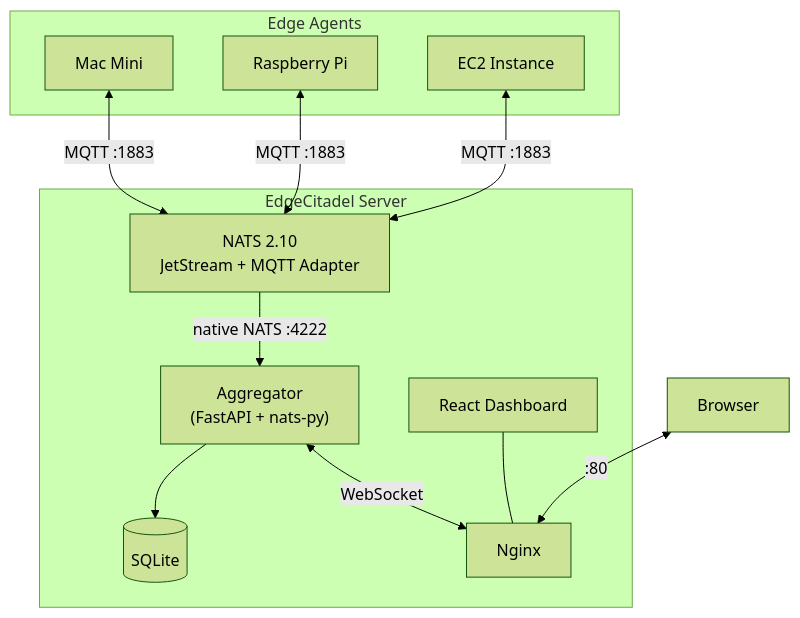
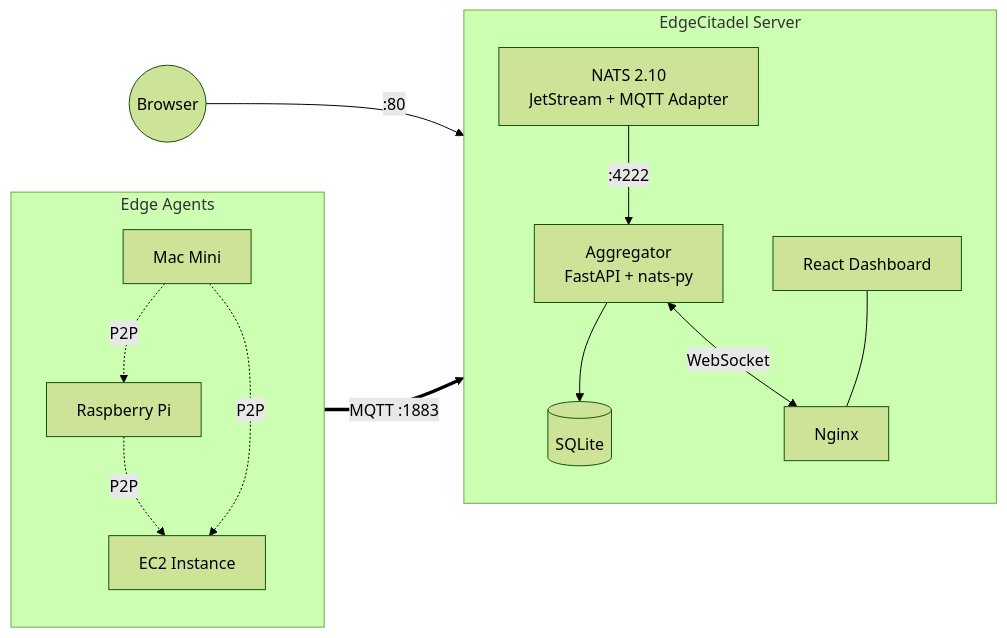
The first of 2 diagrams in README.md (EdgeCitadelTeam/EdgeCitadel), drawn with Mermaid (forest theme) before and after one commit. The commit also changed other lines of this file, not shown here.

First line of the commit message:
docs(readme): add features, P2P delegation, and beautified architecture diagrams

````diff
--- a/README.md
+++ b/README.md
@@ -49,27 +60,29 @@
 ```mermaid
-graph TB
+graph LR
+    subgraph Agents["Edge Agents"]
+        direction TB
+        A1["Mac Mini"]
+        A2["Raspberry Pi"]
+        A3["EC2 Instance"]
+        A1 -.->|P2P| A2
+        A2 -.->|P2P| A3
+        A1 -.->|P2P| A3
+    end
+
     subgraph Server["EdgeCitadel Server"]
+        direction TB
         NATS["NATS 2.10<br/>JetStream + MQTT Adapter"]
-        AGG["Aggregator<br/>(FastAPI + nats-py)"]
+        AGG["Aggregator<br/>FastAPI + nats-py"]
         DB[(SQLite)]
         NG["Nginx"]
         UI["React Dashboard"]
 
-        NATS -->|native NATS :4222| AGG
+        NATS -->|":4222"| AGG
         AGG --> DB
         AGG <-->|WebSocket| NG
         UI --- NG
     end
 
-    subgraph Edge["Edge Agents"]
-        A1["Mac Mini"]
-        A2["Raspberry Pi"]
-        A3["EC2 Instance"]
-    end
-
-    A1 <-->|"MQTT :1883"| NATS
-    A2 <-->|"MQTT :1883"| NATS
-    A3 <-->|"MQTT :1883"| NATS
-
-    Browser["Browser"] <-->|":80"| NG
+    Agents ==>|"MQTT :1883"| NATS
+    Browser(("Browser")) -->|":80"| NG
 ```
````
